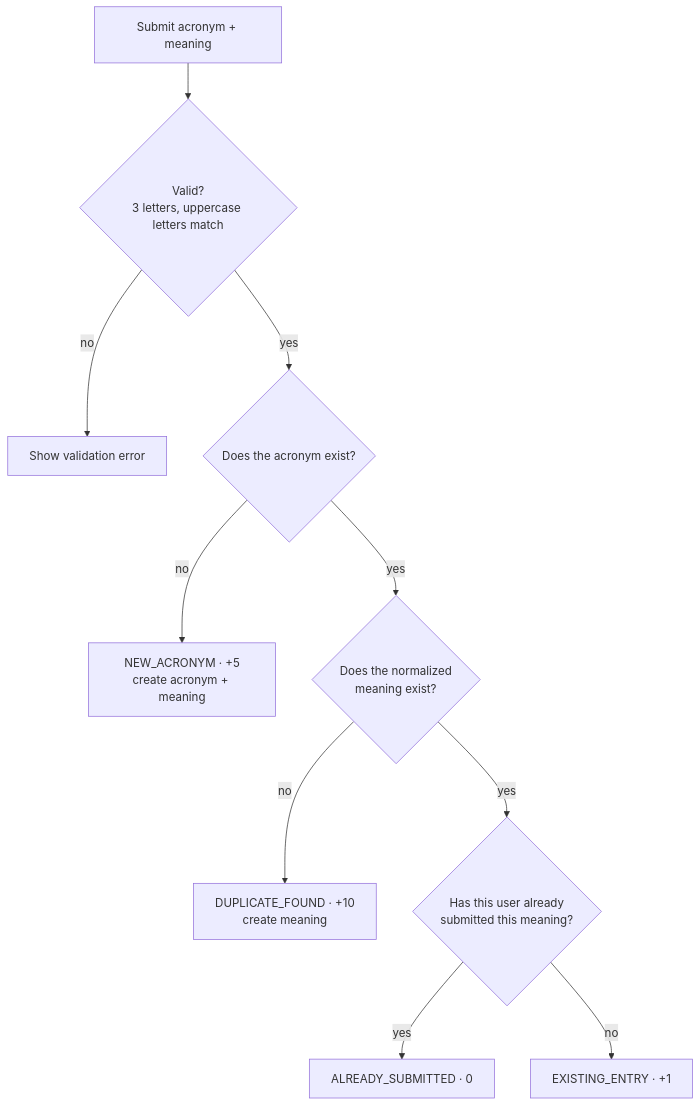
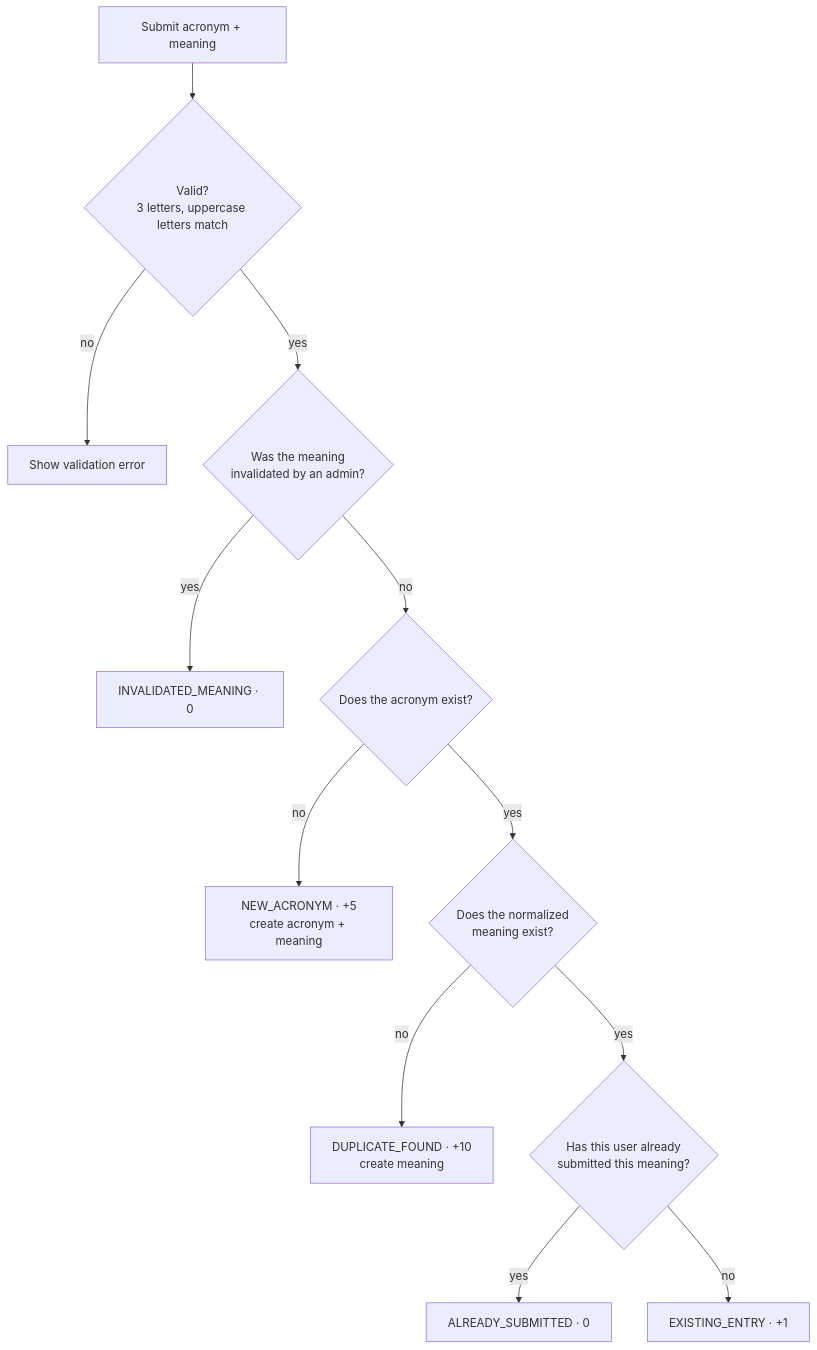
Before and after one commit to FelixGaebler/17576: the second of 3 diagrams in README.md, drawn with Mermaid. The commit also changed other lines of this file and 30 other files, not shown here.

````diff
--- a/README.md
+++ b/README.md
@@ -248,12 +254,14 @@
 ```mermaid
 flowchart TD
     A[Submit acronym + meaning] --> B{Valid?<br/>3 letters, uppercase letters match}
     B -- no --> X[Show validation error]
-    B -- yes --> E{Does the acronym exist?}
+    B -- yes --> V{Was the meaning<br/>invalidated by an admin?}
+    V -- yes --> W[INVALIDATED_MEANING · 0]
+    V -- no --> E{Does the acronym exist?}
     E -- no --> F[NEW_ACRONYM · +5<br/>create acronym + meaning]
     E -- yes --> G{Does the normalized<br/>meaning exist?}
     G -- no --> I[DUPLICATE_FOUND · +10<br/>create meaning]
     G -- yes --> C{Has this user already<br/>submitted this meaning?}
     C -- yes --> D[ALREADY_SUBMITTED · 0]
     C -- no --> H[EXISTING_ENTRY · +1]
 ```
````
